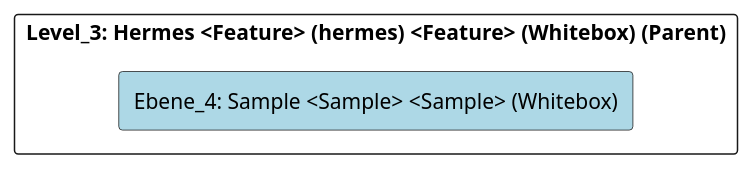
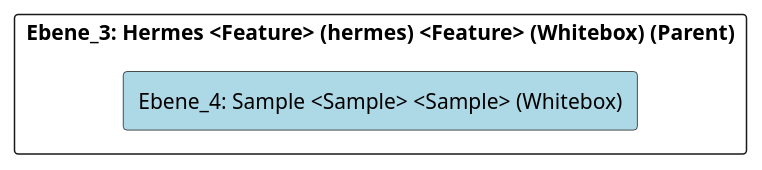
One commit to marcozwyssig/cleon changed the diagram in doc/cleonproject_deliverables_architecture_model_architecture/adoc/de/05_bausteinsicht/cleon/operational_methods/hermes/sample/ebene_4_sample.adoc. Above: the diagram before and after it, drawn with PlantUML. The commit also changed other lines of this file and 620 other files, not shown here.

```diff
--- a/doc/cleonproject_deliverables_architecture_model_architecture/adoc/de/05_bausteinsicht/cleon/operational_methods/hermes/sample/ebene_4_sample.adoc
+++ b/doc/cleonproject_deliverables_architecture_model_architecture/adoc/de/05_bausteinsicht/cleon/operational_methods/hermes/sample/ebene_4_sample.adoc
@@ -20,24 +20,24 @@
 [plantuml, Ebene_4: Sample <Sample> <Sample> (Whitebox)BlockOverview, format="svg"]
 ----
 @startuml Ebene_4: Sample <Sample> <Sample> (Whitebox)BuildingBlockOverview
 
 skinparam ranksep 10
 skinparam componentStyle rectangle
 skinparam shadowing false
 skinparam arrowColor lightblue
 skinparam arrowThickness 1.2
 skinparam rectangle {
   BackgroundColor White
   BorderColor #333
   RoundCorner 10
 }
 top to bottom direction
 
-component "Level_3: Hermes <Feature> (hermes) <Feature> (Whitebox) (Parent)" {
+component "Ebene_3: Hermes <Feature> (hermes) <Feature> (Whitebox) (Parent)" {
     component "Ebene_4: Sample <Sample> <Sample> (Whitebox)" #lightblue {
     }
 
 }
 
 @enduml
 ----
```
